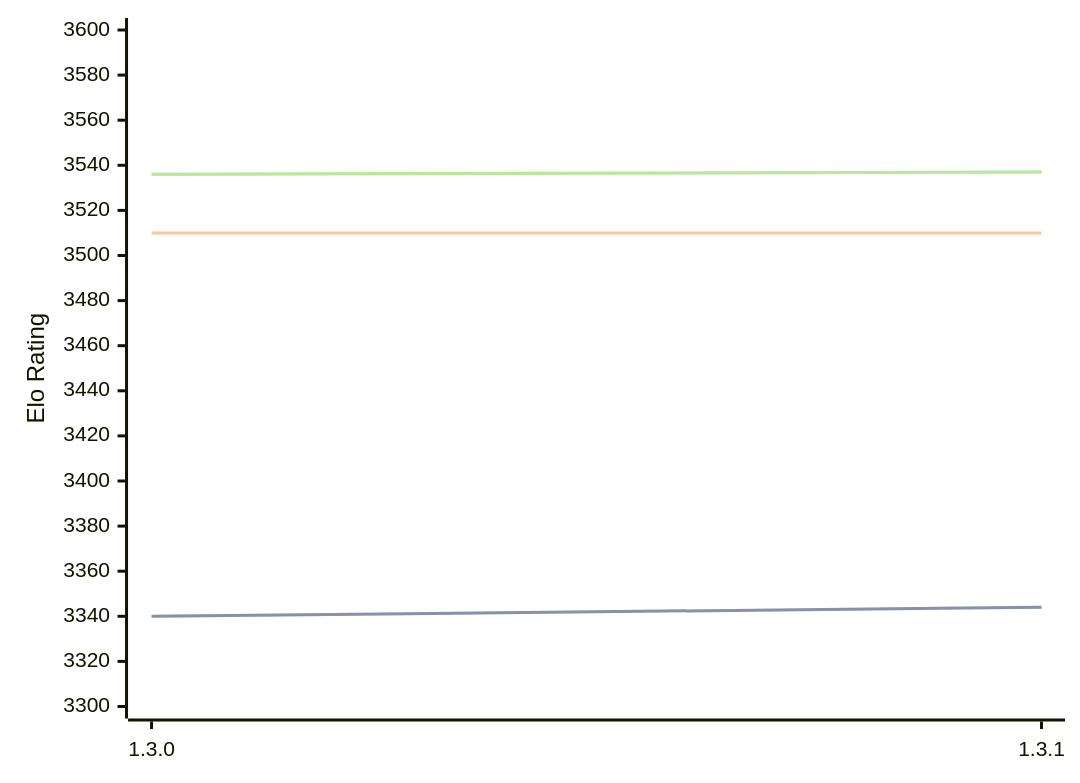
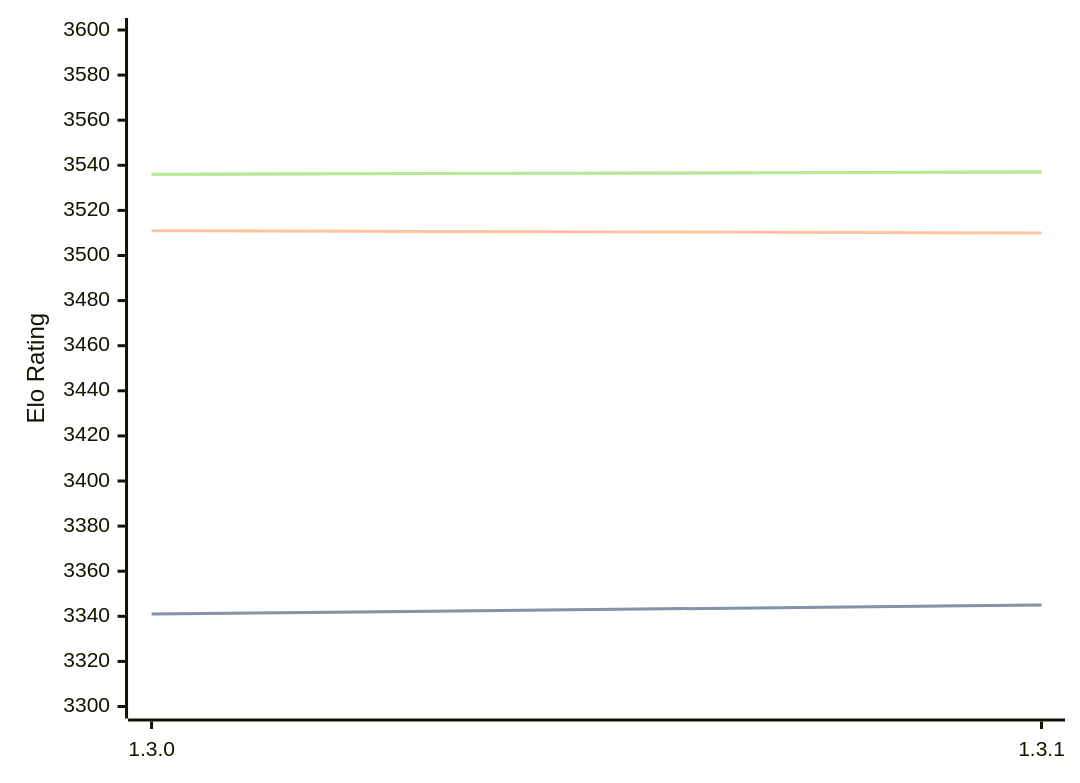
One commit to computer-chess-index/cci changed the diagram in engines/Renegade.md. Above: the diagram before and after it, drawn with Mermaid. The commit also changed other lines of this file, not shown here.

````diff
--- a/engines/Renegade.md
+++ b/engines/Renegade.md
@@ -33,11 +33,11 @@
 ```mermaid
 %%{init: {"theme":"base","themeVariables":{"seriesColors:['#a3a3a3','#222221','#faa371']}}}%%
 xychart-beta
   x-axis ["1.3.0", "1.3.1"]
   y-axis "Elo Rating" 3300 --> 3600
-  line "STC (8.0+0.08s)" [3340, 3344]
-  line "STC (8.0+0.08s)" [3340, 3344]
-  line "LTC (60.0+0.60s)" [3510, 3510]
+  line "STC (8.0+0.08s)" [3341, 3345]
+  line "STC (8.0+0.08s)" [3341, 3345]
+  line "LTC (60.0+0.60s)" [3511, 3510]
   line "VLTC (2m24s+1.12s)" [3536, 3537]
   line "VLTC (2m24s+1.12s)" [3536, 3537]
 ```
````
